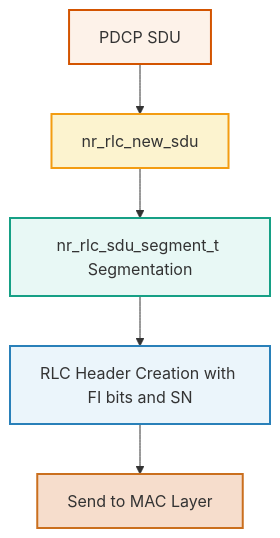
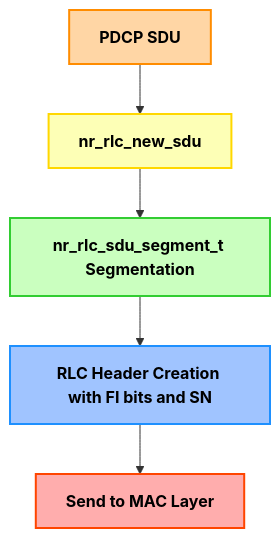
One commit to Sanjeev22A/OAI_XAPPS changed the diagram in RLC Packet flow.md. Above: the diagram before and after it, drawn with Mermaid.

Commit message:
Update RLC Packet flow.md

````diff
--- a/RLC Packet flow.md
+++ b/RLC Packet flow.md
@@ -1,14 +1,16 @@
 ```mermaid
 flowchart TD
     A[PDCP SDU] --> B[nr_rlc_new_sdu]
     B --> C[nr_rlc_sdu_segment_t Segmentation]
     C --> D[RLC Header Creation with FI bits and SN]
     D --> E[Send to MAC Layer]
 
-    style A fill:#fdf2e9,stroke:#d35400,stroke-width:2px
-    style B fill:#fcf3cf,stroke:#f39c12,stroke-width:2px
-    style C fill:#e8f8f5,stroke:#16a085,stroke-width:2px
-    style D fill:#ebf5fb,stroke:#2980b9,stroke-width:2px
-    style E fill:#f6ddcc,stroke:#ca6f1e,stroke-width:2px
+    %% Vibrant, high-contrast colors
+    style A fill:#FFD6A5,stroke:#FF8C00,stroke-width:2px,color:#000,font-weight:bold
+    style B fill:#FDFFB6,stroke:#FFD700,stroke-width:2px,color:#000,font-weight:bold
+    style C fill:#CAFFBF,stroke:#32CD32,stroke-width:2px,color:#000,font-weight:bold
+    style D fill:#A0C4FF,stroke:#1E90FF,stroke-width:2px,color:#000,font-weight:bold
+    style E fill:#FFADAD,stroke:#FF4500,stroke-width:2px,color:#000,font-weight:bold
+
 
 ```
````
